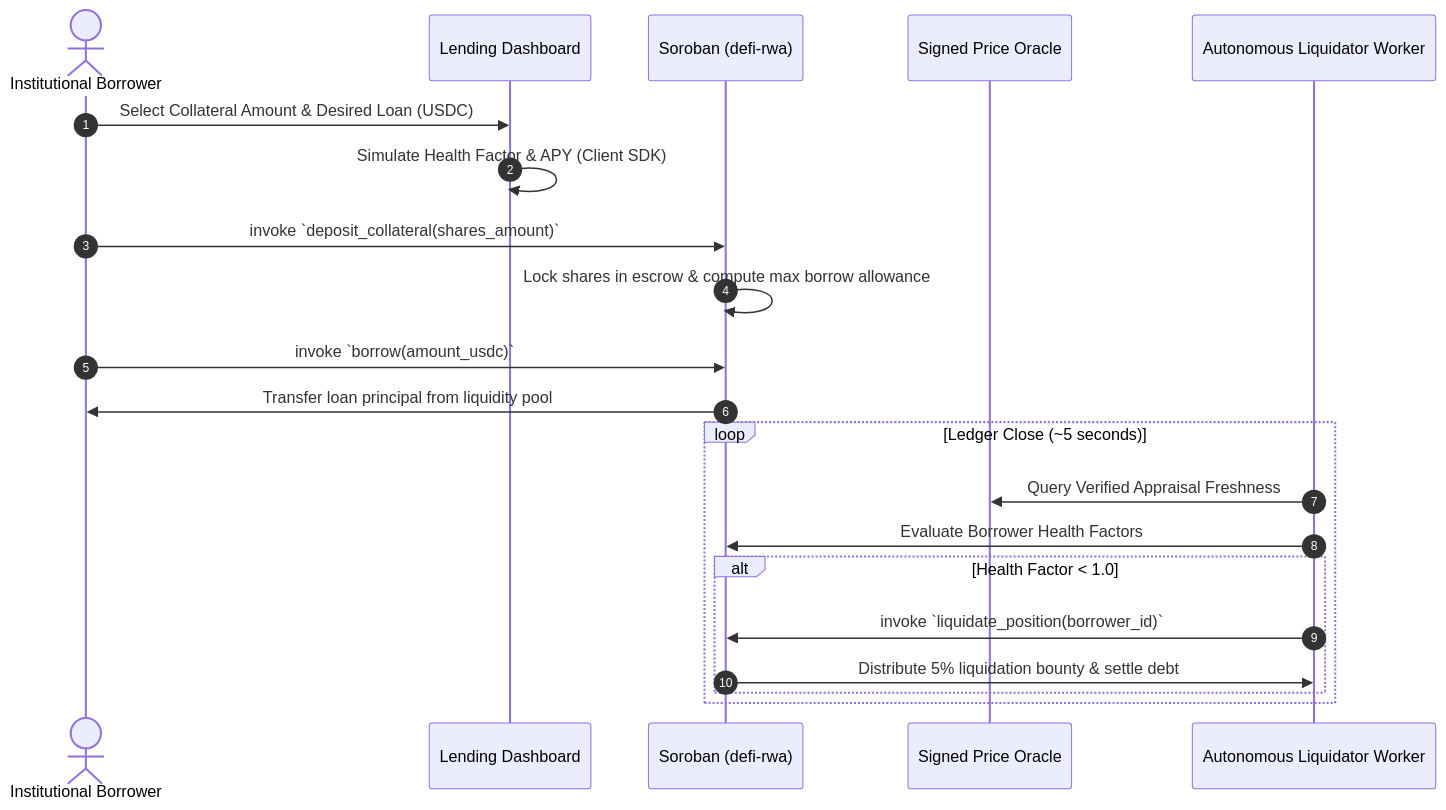
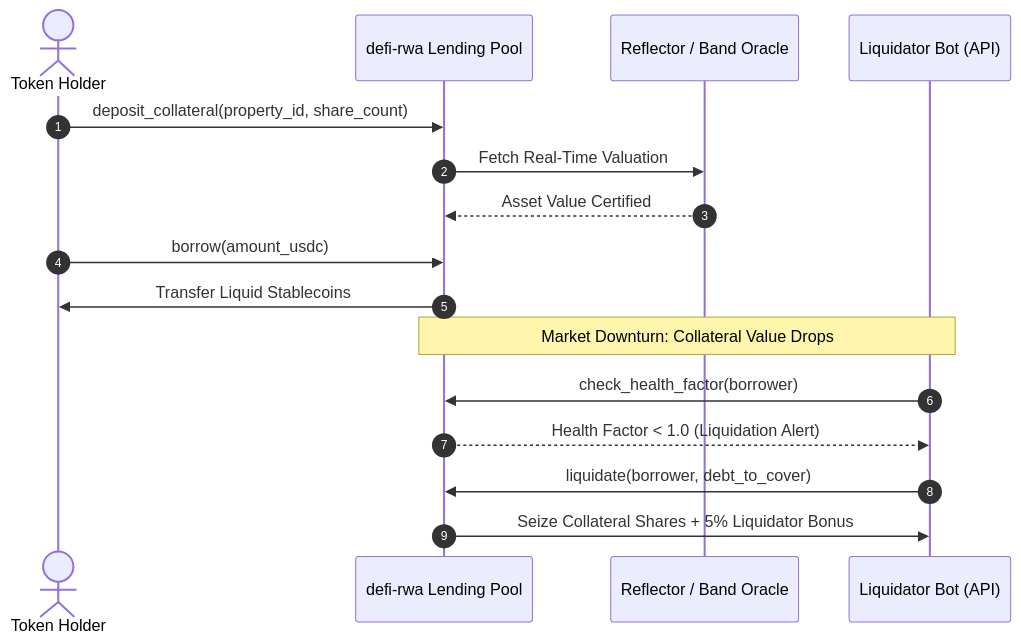
Before and after one commit to StellAdullam/StellAdullam: the third of 3 diagrams in README.md, drawn with Mermaid. The commit also changed other lines of this file and 11 other files, not shown here.

````diff
--- a/README.md
+++ b/README.md
@@ -128,24 +153,19 @@
 ```mermaid
 sequenceDiagram
     autonumber
-    actor Borrower as Institutional Borrower
-    participant WebApp as Lending Dashboard
-    participant Soroban as Soroban (defi-rwa)
-    participant Oracle as Signed Price Oracle
-    participant Keeper as Autonomous Liquidator Worker
+    actor Borrower as Token Holder
+    participant Pool as defi-rwa Lending Pool
+    participant Oracle as Reflector / Band Oracle
+    participant Keeper as Liquidator Bot (API)
 
-    Borrower->>WebApp: Select Collateral Amount & Desired Loan (USDC)
-    WebApp->>WebApp: Simulate Health Factor & APY (Client SDK)
-    Borrower->>Soroban: invoke `deposit_collateral(shares_amount)`
-    Soroban->>Soroban: Lock shares in escrow & compute max borrow allowance
-    Borrower->>Soroban: invoke `borrow(amount_usdc)`
-    Soroban->>Borrower: Transfer loan principal from liquidity pool
-    loop Ledger Close (~5 seconds)
-        Keeper->>Oracle: Query Verified Appraisal Freshness
-        Keeper->>Soroban: Evaluate Borrower Health Factors
-        alt Health Factor < 1.0
-            Keeper->>Soroban: invoke `liquidate_position(borrower_id)`
-            Soroban->>Keeper: Distribute 5% liquidation bounty & settle debt
-        end
-    end
+    Borrower->>Pool: deposit_collateral(property_id, share_count)
+    Pool->>Oracle: Fetch Real-Time Valuation
+    Oracle-->>Pool: Asset Value Certified
+    Borrower->>Pool: borrow(amount_usdc)
+    Pool->>Borrower: Transfer Liquid Stablecoins
+    Note over Pool,Keeper: Market Downturn: Collateral Value Drops
+    Keeper->>Pool: check_health_factor(borrower)
+    Pool-->>Keeper: Health Factor < 1.0 (Liquidation Alert)
+    Keeper->>Pool: liquidate(borrower, debt_to_cover)
+    Pool->>Keeper: Seize Collateral Shares + 5% Liquidator Bonus
 ```
````
